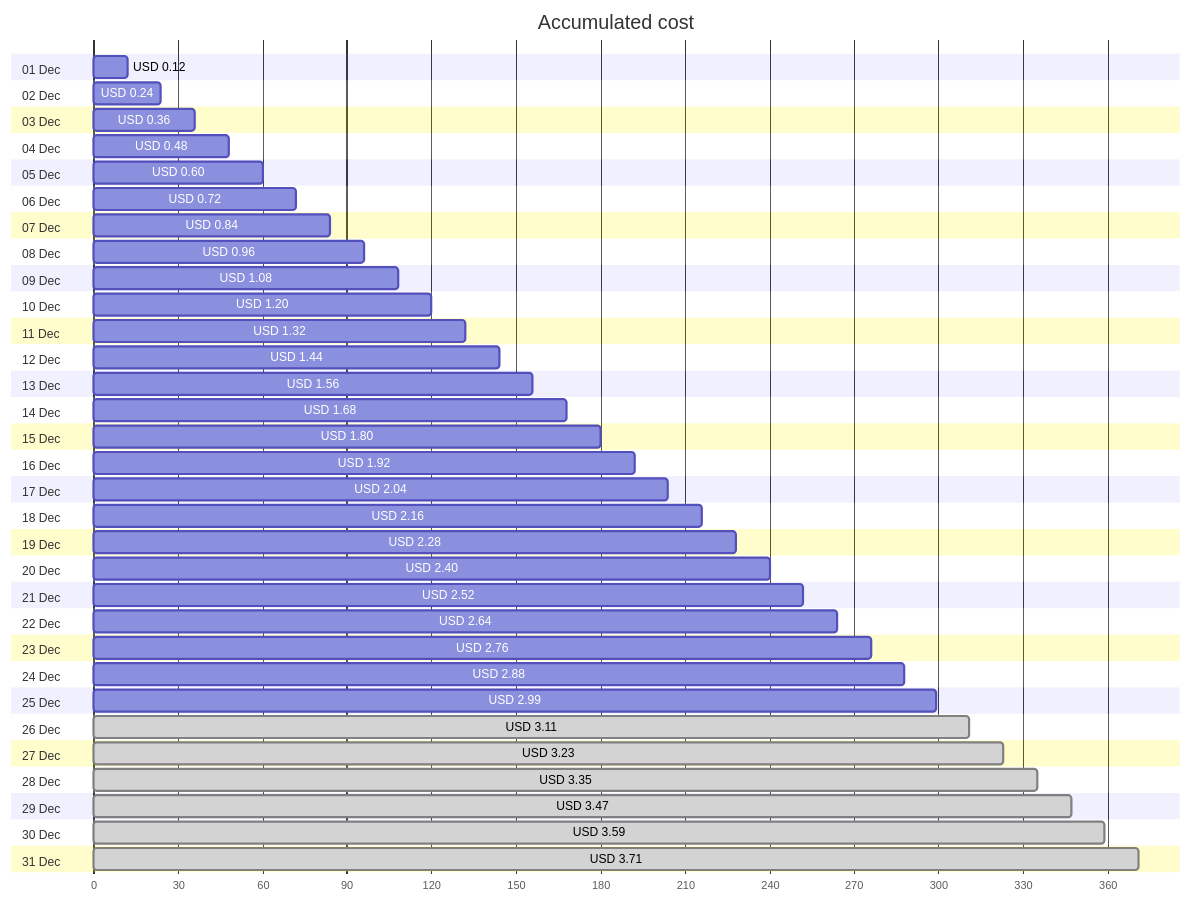
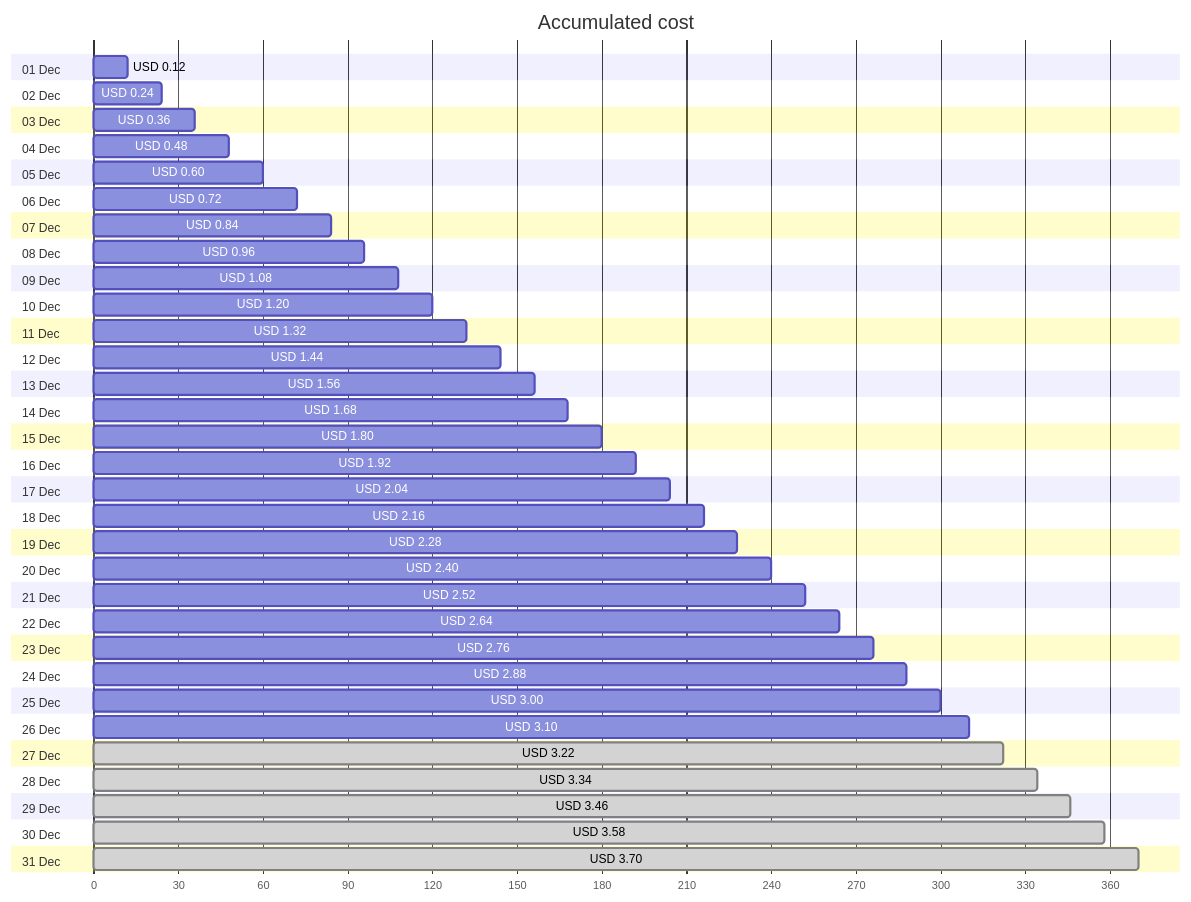
The first of 4 diagrams in cost-reports/personal-network/backup-server-public-ip.md (jpfulton/azure-personal-reports), drawn with Mermaid before and after one commit. The commit also changed other lines of this file and 8 other files, not shown here.

````diff
--- a/cost-reports/personal-network/backup-server-public-ip.md
+++ b/cost-reports/personal-network/backup-server-public-ip.md
@@ -20,68 +20,68 @@
 ```mermaid
 gantt
    title Accumulated cost
    dateFormat  X
    axisFormat %s
    section 01 Dec
    USD 0.12 :0, 12
    section 02 Dec
    USD 0.24 :0, 24
    section 03 Dec
    USD 0.36 :0, 36
    section 04 Dec
    USD 0.48 :0, 48
    section 05 Dec
    USD 0.60 :0, 60
    section 06 Dec
    USD 0.72 :0, 72
    section 07 Dec
    USD 0.84 :0, 84
    section 08 Dec
    USD 0.96 :0, 96
    section 09 Dec
    USD 1.08 :0, 108
    section 10 Dec
    USD 1.20 :0, 120
    section 11 Dec
    USD 1.32 :0, 132
    section 12 Dec
    USD 1.44 :0, 144
    section 13 Dec
    USD 1.56 :0, 156
    section 14 Dec
    USD 1.68 :0, 168
    section 15 Dec
    USD 1.80 :0, 180
    section 16 Dec
    USD 1.92 :0, 192
    section 17 Dec
    USD 2.04 :0, 204
    section 18 Dec
    USD 2.16 :0, 216
    section 19 Dec
    USD 2.28 :0, 228
    section 20 Dec
    USD 2.40 :0, 240
    section 21 Dec
    USD 2.52 :0, 252
    section 22 Dec
    USD 2.64 :0, 264
    section 23 Dec
    USD 2.76 :0, 276
    section 24 Dec
    USD 2.88 :0, 288
    section 25 Dec
-   USD 2.99 :0, 299
+   USD 3.00 :0, 300
    section 26 Dec
-   USD 3.11 : done, 0, 311
+   USD 3.10 :0, 310
    section 27 Dec
-   USD 3.23 : done, 0, 323
+   USD 3.22 : done, 0, 322
    section 28 Dec
-   USD 3.35 : done, 0, 335
+   USD 3.34 : done, 0, 334
    section 29 Dec
-   USD 3.47 : done, 0, 347
+   USD 3.46 : done, 0, 346
    section 30 Dec
-   USD 3.59 : done, 0, 359
+   USD 3.58 : done, 0, 358
    section 31 Dec
-   USD 3.71 : done, 0, 371
+   USD 3.70 : done, 0, 370
 ```
````
